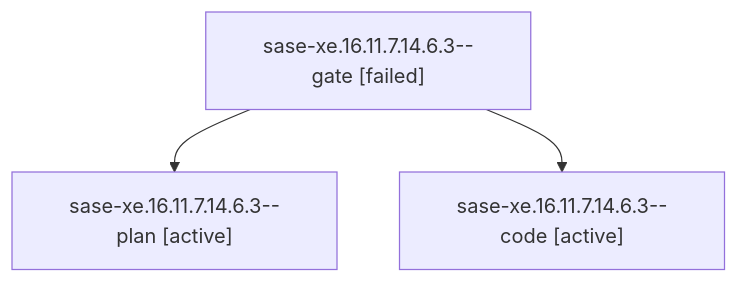
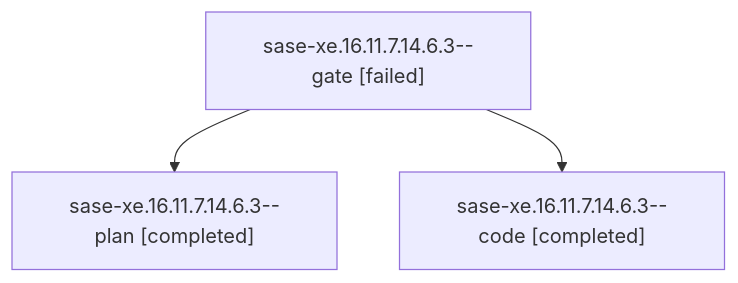
One commit to sase-org/sase--agents changed the diagram in families/bbugyi200.athena.sase-xe.16.11.7.14.6.3.md. Above: the diagram before and after it, drawn with Mermaid. The commit also changed other lines of this file and 203 other files, not shown here.

````diff
--- a/families/bbugyi200.athena.sase-xe.16.11.7.14.6.3.md
+++ b/families/bbugyi200.athena.sase-xe.16.11.7.14.6.3.md
@@ -9,8 +9,8 @@
 ```mermaid
 flowchart TD
   n0["sase-xe.16.11.7.14.6.3--gate [failed]"]
-  n1["sase-xe.16.11.7.14.6.3--plan [active]"]
+  n1["sase-xe.16.11.7.14.6.3--plan [completed]"]
   n0 --> n1
-  n2["sase-xe.16.11.7.14.6.3--code [active]"]
+  n2["sase-xe.16.11.7.14.6.3--code [completed]"]
   n0 --> n2
 ```
````
